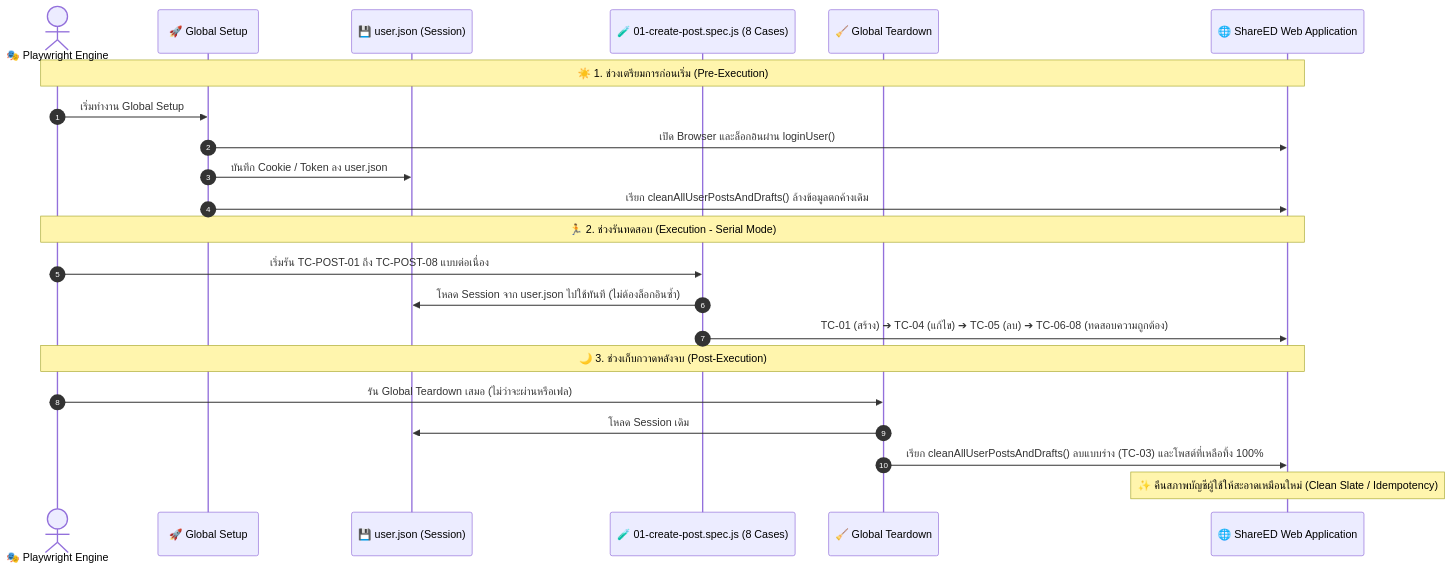
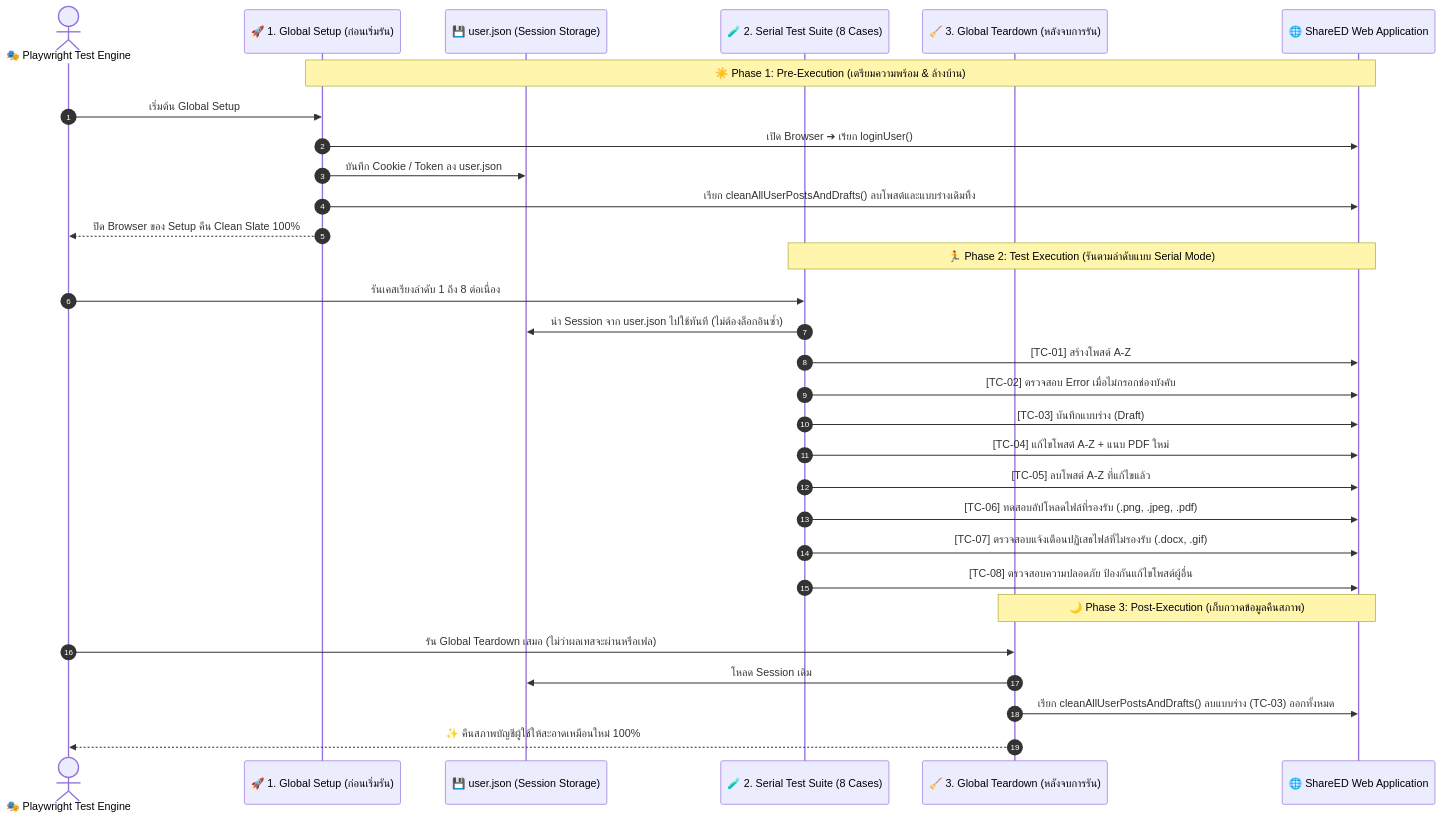
One commit to eyejangg/Testing-ShareED-Automate changed the diagram in playwright.md. Above: the diagram before and after it, drawn with Mermaid. The commit also changed other lines of this file, not shown here.

Commit message:
docs: write comprehensive and detailed master guide into playwright.md

````diff
--- a/playwright.md
+++ b/playwright.md
@@ -30,27 +44,35 @@
 ```mermaid
 sequenceDiagram
     autonumber
-    actor Playwright as 🎭 Playwright Engine
-    participant Setup as 🚀 Global Setup
-    participant Auth as 💾 user.json (Session)
-    participant Tests as 🧪 01-create-post.spec.js (8 Cases)
-    participant Teardown as 🧹 Global Teardown
+    actor Playwright as 🎭 Playwright Test Engine
+    participant Setup as 🚀 1. Global Setup (ก่อนเริ่มรัน)
+    participant Auth as 💾 user.json (Session Storage)
+    participant Tests as 🧪 2. Serial Test Suite (8 Cases)
+    participant Teardown as 🧹 3. Global Teardown (หลังจบการรัน)
     participant Web as 🌐 ShareED Web Application
 
-    Note over Playwright,Web: ☀️ 1. ช่วงเตรียมการก่อนเริ่ม (Pre-Execution)
-    Playwright->>Setup: เริ่มทำงาน Global Setup
-    Setup->>Web: เปิด Browser และล็อกอินผ่าน loginUser()
+    Note over Setup,Web: ☀️ Phase 1: Pre-Execution (เตรียมความพร้อม & ล้างบ้าน)
+    Playwright->>Setup: เริ่มต้น Global Setup
+    Setup->>Web: เปิด Browser ➔ เรียก loginUser()
     Setup->>Auth: บันทึก Cookie / Token ลง user.json
-    Setup->>Web: เรียก cleanAllUserPostsAndDrafts() ล้างข้อมูลตกค้างเดิม
+    Setup->>Web: เรียก cleanAllUserPostsAndDrafts() ลบโพสต์และแบบร่างเดิมทิ้ง
+    Setup-->>Playwright: ปิด Browser ของ Setup คืน Clean Slate 100%
 
-    Note over Playwright,Web: 🏃 2. ช่วงรันทดสอบ (Execution - Serial Mode)
-    Playwright->>Tests: เริ่มรัน TC-POST-01 ถึง TC-POST-08 แบบต่อเนื่อง
-    Tests->>Auth: โหลด Session จาก user.json ไปใช้ทันที (ไม่ต้องล็อกอินซ้ำ)
-    Tests->>Web: TC-01 (สร้าง) ➔ TC-04 (แก้ไข) ➔ TC-05 (ลบ) ➔ TC-06-08 (ทดสอบความถูกต้อง)
+    Note over Tests,Web: 🏃 Phase 2: Test Execution (รันตามลำดับแบบ Serial Mode)
+    Playwright->>Tests: รันเคสเรียงลำดับ 1 ถึง 8 ต่อเนื่อง
+    Tests->>Auth: นำ Session จาก user.json ไปใช้ทันที (ไม่ต้องล็อกอินซ้ำ)
+    Tests->>Web: [TC-01] สร้างโพสต์ A-Z
+    Tests->>Web: [TC-02] ตรวจสอบ Error เมื่อไม่กรอกช่องบังคับ
+    Tests->>Web: [TC-03] บันทึกแบบร่าง (Draft)
+    Tests->>Web: [TC-04] แก้ไขโพสต์ A-Z + แนบ PDF ใหม่
+    Tests->>Web: [TC-05] ลบโพสต์ A-Z ที่แก้ไขแล้ว
+    Tests->>Web: [TC-06] ทดสอบอัปโหลดไฟล์ที่รองรับ (.png, .jpeg, .pdf)
+    Tests->>Web: [TC-07] ตรวจสอบแจ้งเตือนปฏิเสธไฟล์ที่ไม่รองรับ (.docx, .gif)
+    Tests->>Web: [TC-08] ตรวจสอบความปลอดภัย ป้องกันแก้ไขโพสต์ผู้อื่น
 
-    Note over Playwright,Web: 🌙 3. ช่วงเก็บกวาดหลังจบ (Post-Execution)
-    Playwright->>Teardown: รัน Global Teardown เสมอ (ไม่ว่าจะผ่านหรือเฟล)
+    Note over Teardown,Web: 🌙 Phase 3: Post-Execution (เก็บกวาดข้อมูลคืนสภาพ)
+    Playwright->>Teardown: รัน Global Teardown เสมอ (ไม่ว่าผลเทสจะผ่านหรือเฟล)
     Teardown->>Auth: โหลด Session เดิม
-    Teardown->>Web: เรียก cleanAllUserPostsAndDrafts() ลบแบบร่าง (TC-03) และโพสต์ที่เหลือทิ้ง 100%
-    Note over Web: ✨ คืนสภาพบัญชีผู้ใช้ให้สะอาดเหมือนใหม่ (Clean Slate / Idempotency)
+    Teardown->>Web: เรียก cleanAllUserPostsAndDrafts() ลบแบบร่าง (TC-03) ออกทั้งหมด
+    Teardown-->>Playwright: ✨ คืนสภาพบัญชีผู้ใช้ให้สะอาดเหมือนใหม่ 100%
 ```
````
